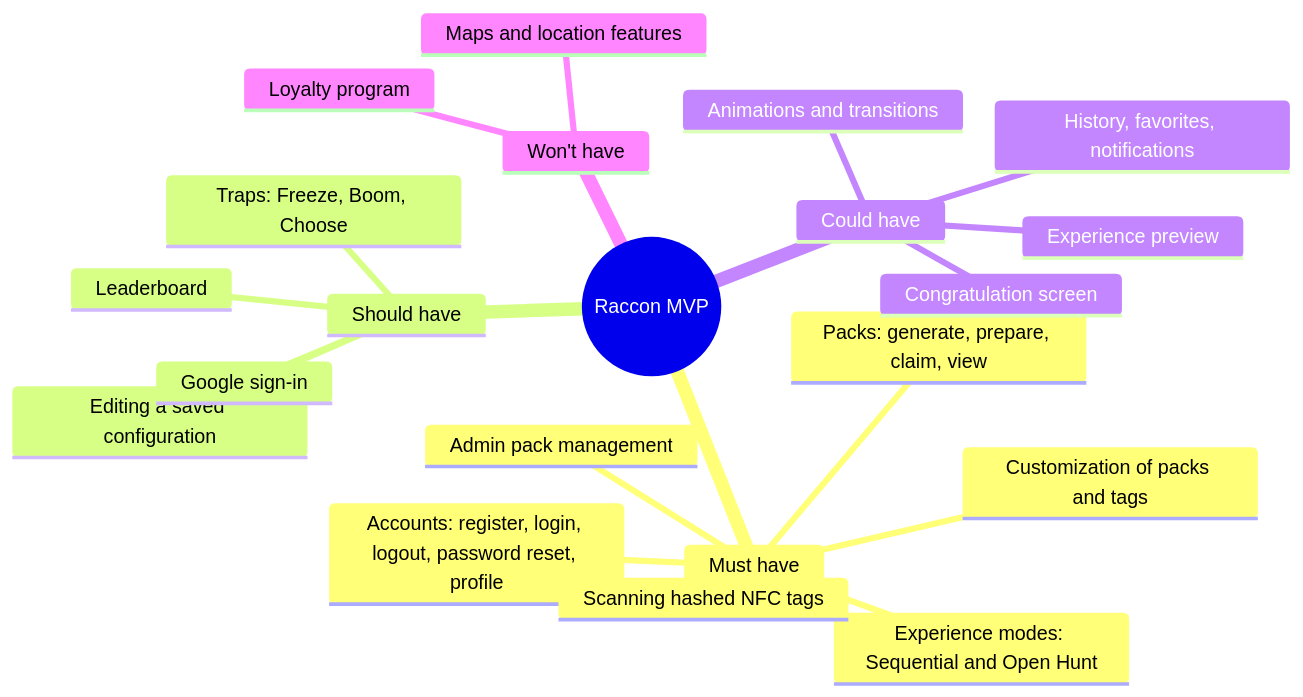
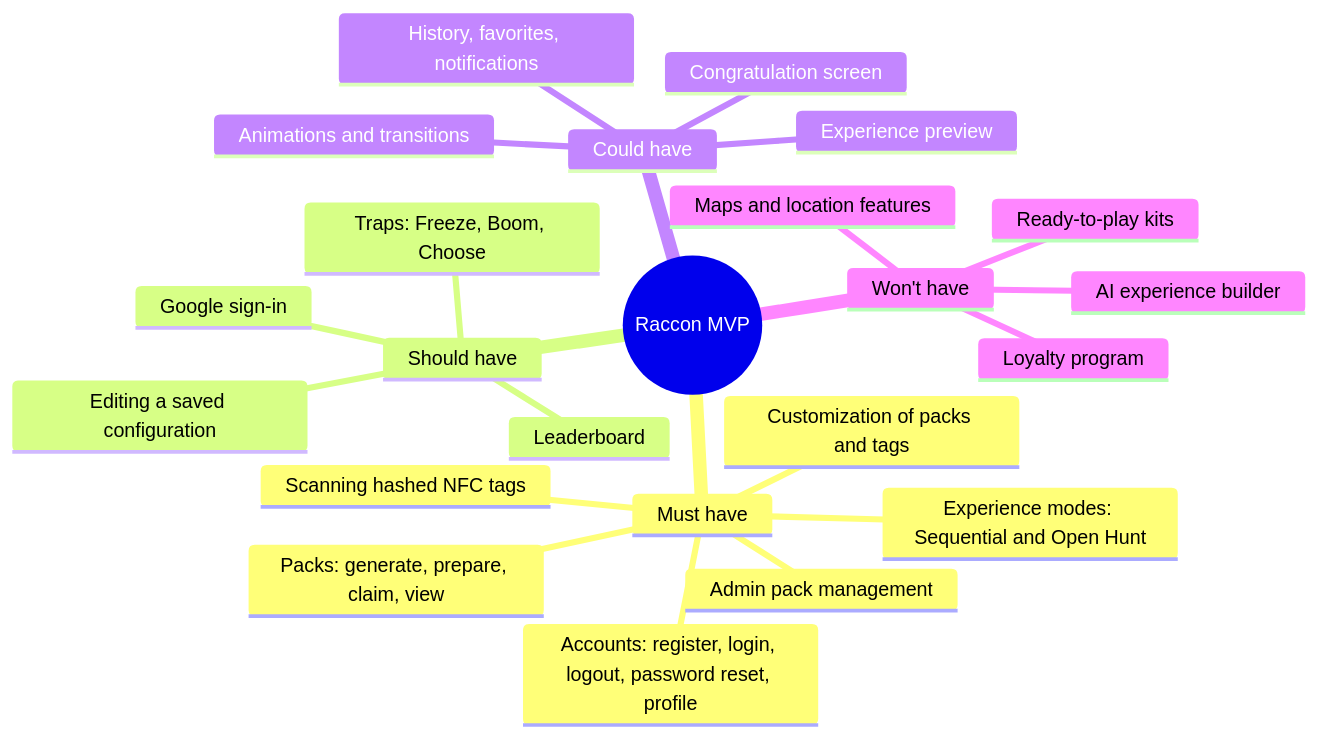
Before and after one commit to t8pr/Raccon: the diagram in Mentors/Stages/Stage4/README.md, drawn with Mermaid. The commit also changed other lines of this file, not shown here.

````diff
--- a/Mentors/Stages/Stage4/README.md
+++ b/Mentors/Stages/Stage4/README.md
@@ -51,24 +51,26 @@
 ```mermaid
 mindmap
   root((Raccon MVP))
     Must have
       Accounts: register, login, logout, password reset, profile
       Packs: generate, prepare, claim, view
       Experience modes: Sequential and Open Hunt
       Customization of packs and tags
       Scanning hashed NFC tags
       Admin pack management
     Should have
       Leaderboard
       Traps: Freeze, Boom, Choose
       Editing a saved configuration
       Google sign-in
     Could have
       Experience preview
       Animations and transitions
       Congratulation screen
       History, favorites, notifications
     Won't have
       Loyalty program
       Maps and location features
+      AI experience builder
+      Ready-to-play kits
 ```
````
